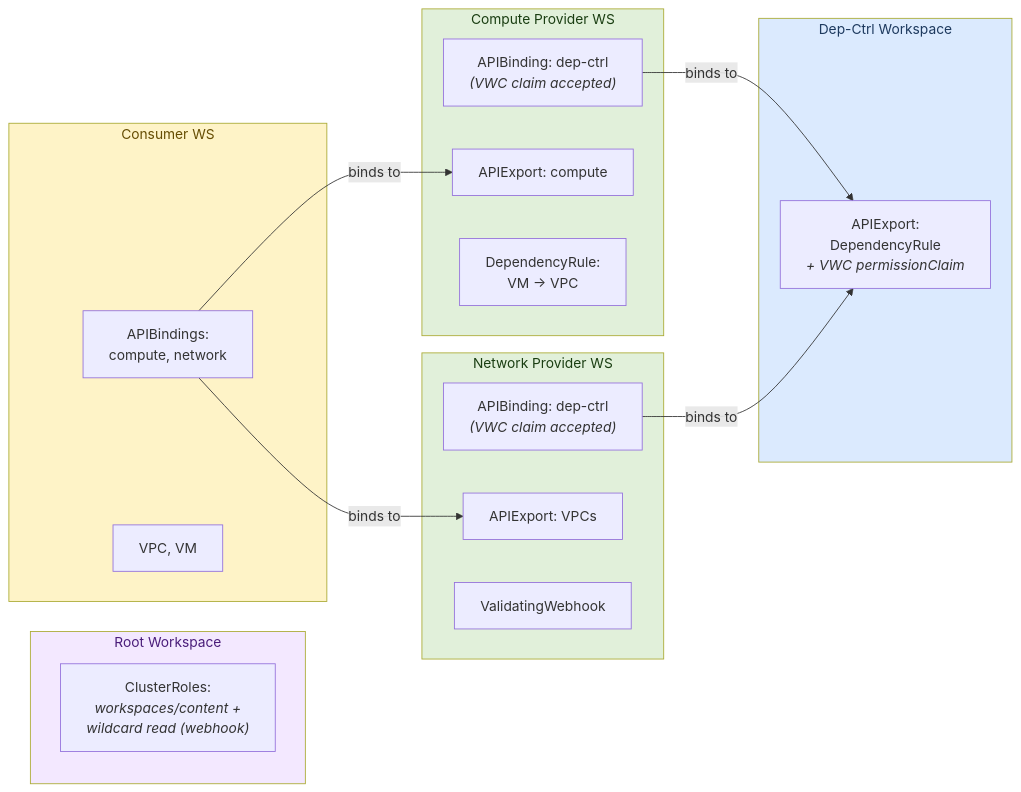
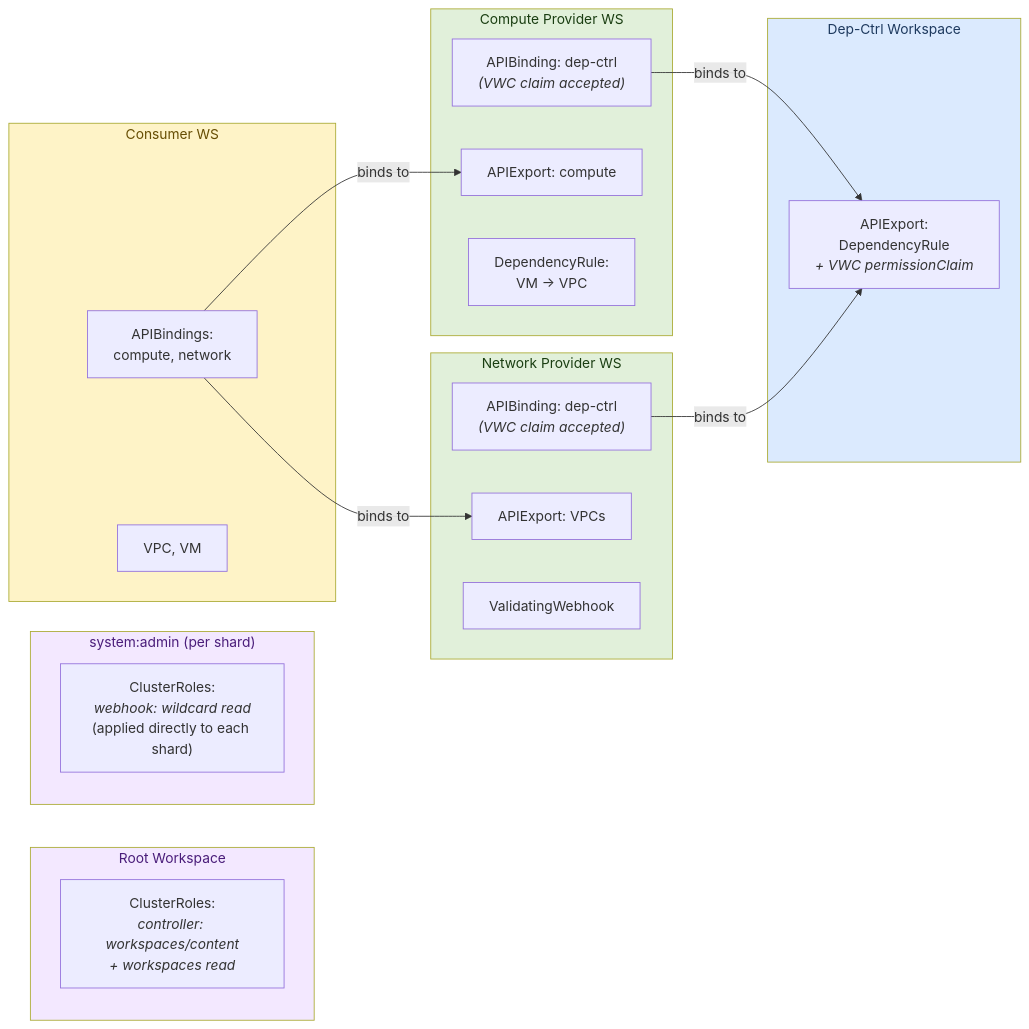
One commit to opendefensecloud/dependency-controller changed the first of 2 diagrams in docs/architecture.md. Above: the diagram before and after it, drawn with Mermaid. The commit also changed other lines of this file and 2 other files, not shown here.

````diff
--- a/docs/architecture.md
+++ b/docs/architecture.md
@@ -26,38 +26,43 @@
 ```mermaid
 graph LR
     subgraph DC["Dep-Ctrl Workspace"]
         DCExport["APIExport:<br/>DependencyRule<br/><i>+ VWC permissionClaim</i>"]
     end
 
     subgraph CP["Compute Provider WS"]
         CPBinding["APIBinding: dep-ctrl<br/><i>(VWC claim accepted)</i>"]
         CPExport["APIExport: compute"]
         CPRule["DependencyRule:<br/>VM → VPC"]
     end
 
     subgraph NP["Network Provider WS"]
         NPBinding["APIBinding: dep-ctrl<br/><i>(VWC claim accepted)</i>"]
         NPExport["APIExport: VPCs"]
         NPWebhook["ValidatingWebhook"]
     end
 
     subgraph ROOT["Root Workspace"]
-        ROOTROLE["ClusterRoles:<br/><i>workspaces/content +<br/>wildcard read (webhook)</i>"]
+        ROOTROLE["ClusterRoles:<br/><i>controller: workspaces/content<br/>+ workspaces read</i>"]
+    end
+
+    subgraph SYSADMIN["system:admin (per shard)"]
+        SACR["ClusterRoles:<br/><i>webhook: wildcard read</i><br/>(applied directly to each shard)"]
     end
 
     subgraph CW["Consumer WS"]
         CWBindings["APIBindings:<br/>compute, network"]
         CWResources["VPC, VM"]
     end
 
     CPBinding -->|binds to| DCExport
     NPBinding -->|binds to| DCExport
     CWBindings -->|binds to| CPExport
     CWBindings -->|binds to| NPExport
 
     style DC fill:#dbeafe,color:#1e3a5f
     style CP fill:#e1f0da,color:#1a3e12
     style NP fill:#e1f0da,color:#1a3e12
     style ROOT fill:#f3e8ff,color:#4a1d7a
+    style SYSADMIN fill:#f3e8ff,color:#4a1d7a
     style CW fill:#fef3c7,color:#664d03
 ```
````
